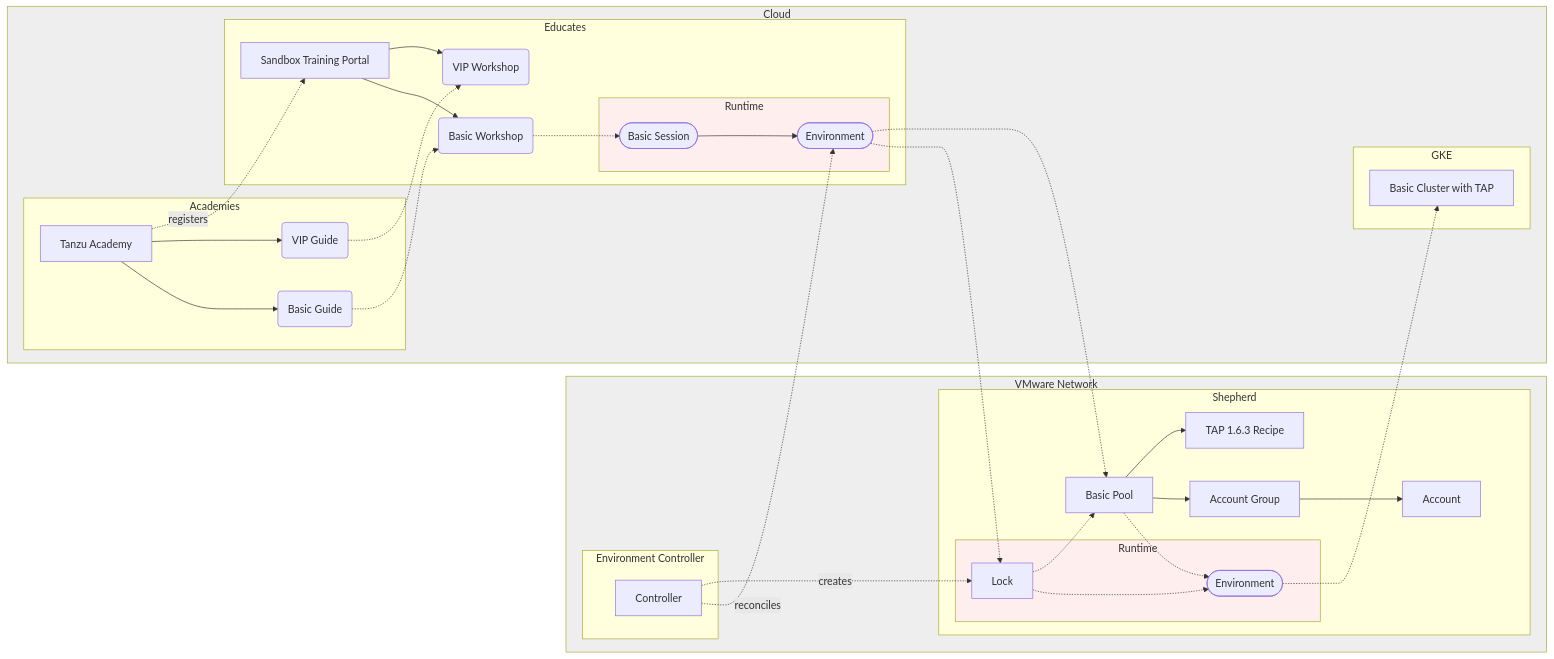
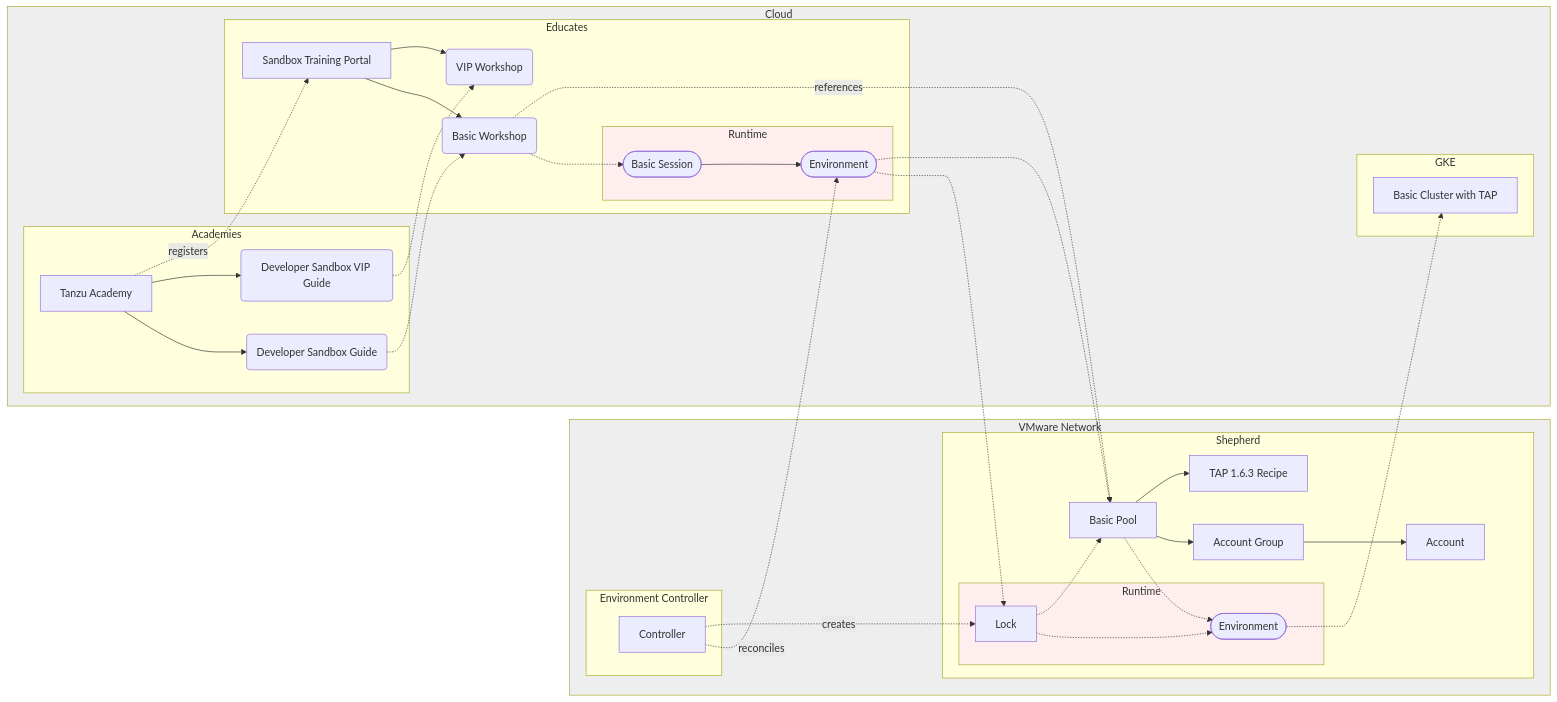
Before and after one commit to kieron-dev/waffle: the diagram in tap-sandbox-architecture.md, drawn with Mermaid.

````diff
--- a/tap-sandbox-architecture.md
+++ b/tap-sandbox-architecture.md
@@ -3,62 +3,63 @@
 ```mermaid
 
 flowchart LR
     subgraph vmware[VMware Network]
         subgraph Environment Controller
             ctrl[Controller]
         end
 
         subgraph Shepherd
             accGroup[Account Group]-->acc[Account]
             pool[Basic Pool]-->accGroup
             pool-->recipe[TAP 1.6.3 Recipe]
 
             subgraph shepherdRuntime[Runtime]
                 environment([Environment])
                 lock[Lock]-.->environment
             end
 
             pool -.-> environment
         end
     end
 
     subgraph cloud[Cloud]
         subgraph Academies
-            tanzuAcademy[Tanzu Academy]-->basicGuide(Basic Guide)
-            tanzuAcademy-->vipGuide(VIP Guide)
+            tanzuAcademy[Tanzu Academy]-->basicGuide(Developer Sandbox Guide)
+            tanzuAcademy-->vipGuide(Developer Sandbox VIP Guide)
         end
 
         subgraph Educates
             trainingPortal[Sandbox Training Portal]-->basicWorkshop(Basic Workshop)
             trainingPortal-->vipWorkshop(VIP Workshop)
 
             subgraph educatesRuntime[Runtime]
                 session([Basic Session])-->env([Environment])
             end
 
             basicWorkshop-.->session
         end
 
         subgraph GKE
             cluster[Basic Cluster with TAP]
         end
     end
 
     ctrl -.-> |reconciles| env
     env -.-> lock
     lock -.-> pool
     env -.-> pool
 
     ctrl -.-> |creates| lock
     environment-.->cluster
     tanzuAcademy -.-> |registers| trainingPortal
 
     basicGuide-.->basicWorkshop
+    basicWorkshop -.-> |references| pool
     vipGuide-.->vipWorkshop
 
     classDef net fill:#eee
     classDef rt fill:#fee
     class vmware,cloud net
     class shepherdRuntime,educatesRuntime rt
 
 ```
````
